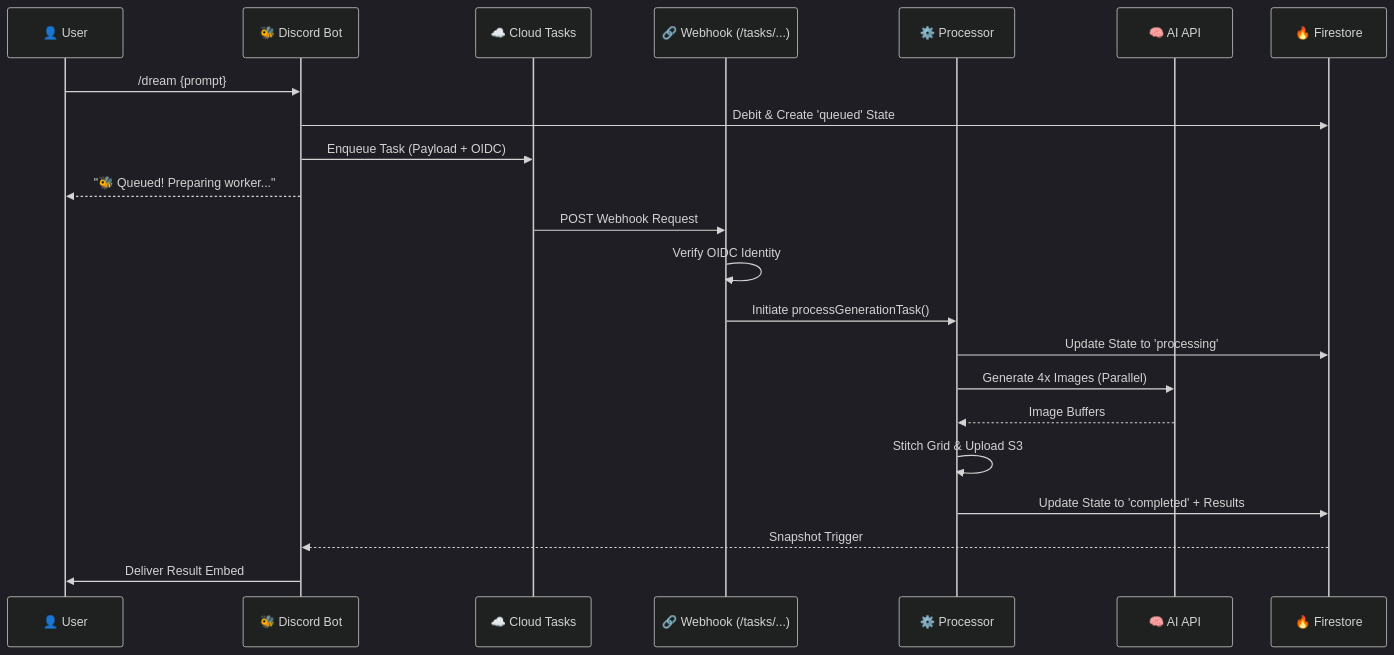
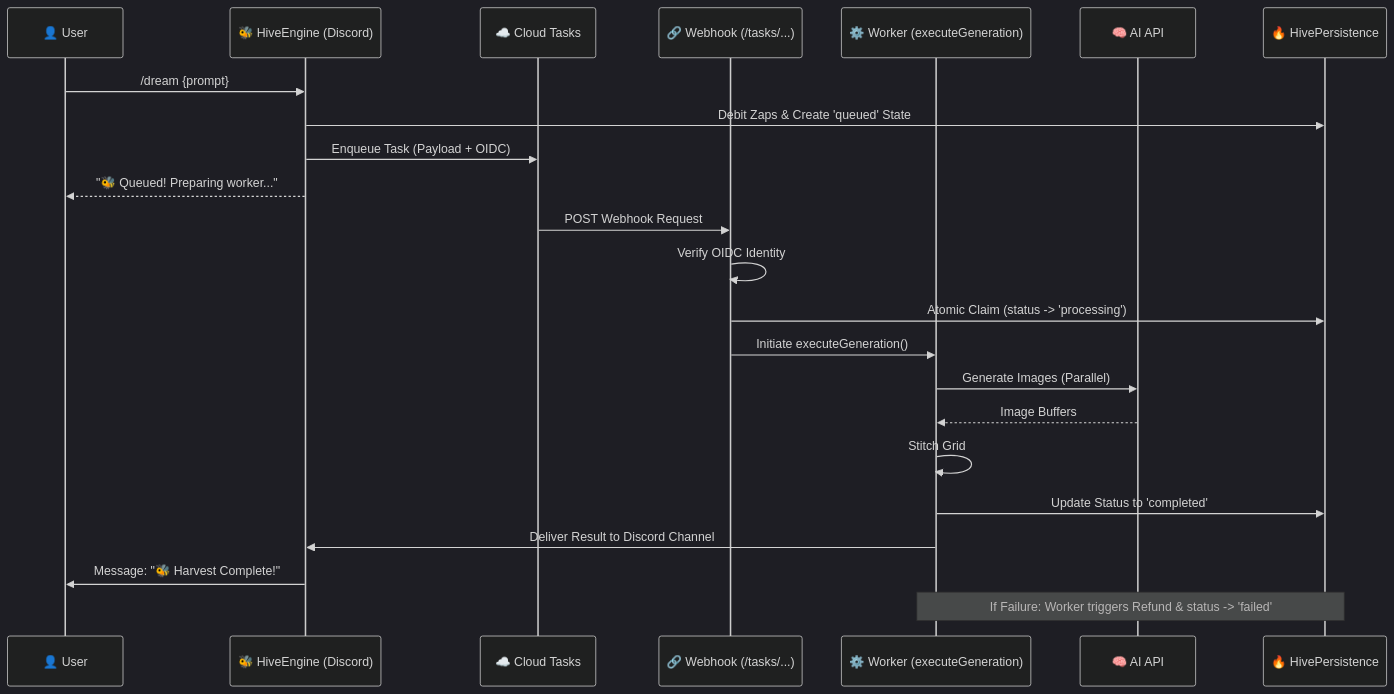
The diagram in docs/cloudtasks.md (CardSorting/dreambeesai-artbot), drawn with Mermaid (dark theme) before and after one commit. The commit also changed other lines of this file and 6 other files, not shown here.

````diff
--- a/docs/cloudtasks.md
+++ b/docs/cloudtasks.md
@@ -11,28 +11,30 @@
 ```mermaid
 sequenceDiagram
     participant User as 👤 User
-    participant Bot as 🐝 Discord Bot
+    participant Engine as 🐝 HiveEngine (Discord)
     participant CT as ☁️ Cloud Tasks
     participant Webhook as 🔗 Webhook (/tasks/...)
-    participant Processor as ⚙️ Processor
+    participant Worker as ⚙️ Worker (executeGeneration)
     participant API as 🧠 AI API
-    participant DB as 🔥 Firestore
+    participant DB as 🔥 HivePersistence
 
-    User->>Bot: /dream {prompt}
-    Bot->>DB: Debit & Create 'queued' State
-    Bot->>CT: Enqueue Task (Payload + OIDC)
-    Bot-->>User: "🐝 Queued! Preparing worker..."
+    User->>Engine: /dream {prompt}
+    Engine->>DB: Debit Zaps & Create 'queued' State
+    Engine->>CT: Enqueue Task (Payload + OIDC)
+    Engine-->>User: "🐝 Queued! Preparing worker..."
     
     CT->>Webhook: POST Webhook Request
     Webhook->>Webhook: Verify OIDC Identity
-    Webhook->>Processor: Initiate processGenerationTask()
-    Processor->>DB: Update State to 'processing'
+    Webhook->>DB: Atomic Claim (status -> 'processing')
+    Webhook->>Worker: Initiate executeGeneration()
     
-    Processor->>API: Generate 4x Images (Parallel)
-    API-->>Processor: Image Buffers
-    Processor->>Processor: Stitch Grid & Upload S3
+    Worker->>API: Generate Images (Parallel)
+    API-->>Worker: Image Buffers
+    Worker->>Worker: Stitch Grid
     
-    Processor->>DB: Update State to 'completed' + Results
-    DB-->>Bot: Snapshot Trigger
-    Bot->>User: Deliver Result Embed
+    Worker->>DB: Update Status to 'completed'
+    Worker->>Engine: Deliver Result to Discord Channel
+    Engine->>User: Message: "🐝 Harvest Complete!"
+    
+    Note over Worker,DB: If Failure: Worker triggers Refund & status -> 'failed'
 ```
````
